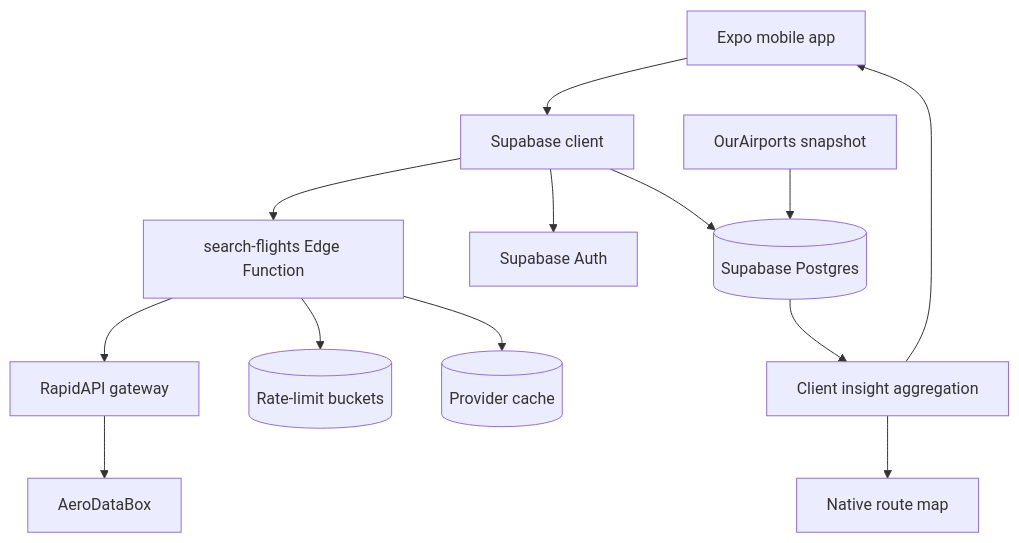
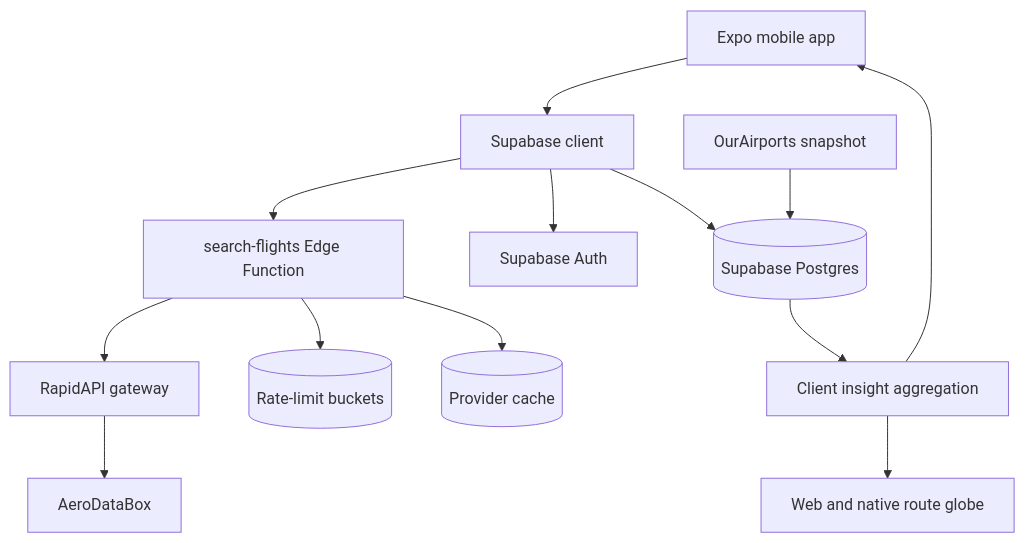
Before and after one commit to jacekasen/flight-tracker: the first of 3 diagrams in docs/DESIGN.md, drawn with Mermaid. The commit also changed other lines of this file and 3 other files, not shown here.

````diff
--- a/docs/DESIGN.md
+++ b/docs/DESIGN.md
@@ -68,28 +68,28 @@
 ```mermaid
 flowchart TD
   mobile[Expo mobile app]
   client[Supabase client]
   edge[search-flights Edge Function]
   rapid[RapidAPI gateway]
   provider[AeroDataBox]
   auth[Supabase Auth]
   database[(Supabase Postgres)]
   limits[(Rate-limit buckets)]
   cache[(Provider cache)]
   airportData[OurAirports snapshot]
   insights[Client insight aggregation]
-  map[Native route map]
+  map[Web and native route globe]
 
   mobile --> client
   client --> edge
   edge --> limits
   edge --> cache
   edge --> rapid
   rapid --> provider
   client --> auth
   client --> database
   airportData --> database
   database --> insights
   insights --> map
   insights --> mobile
 ```
````
